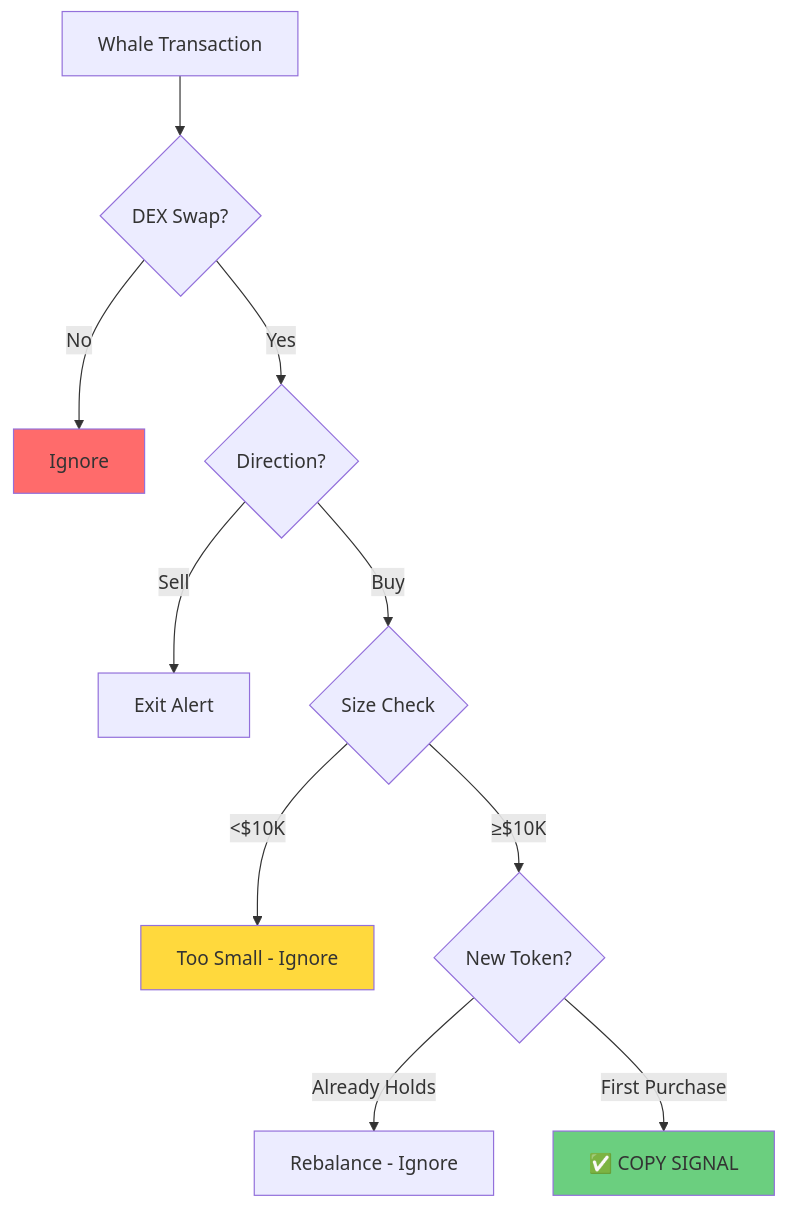
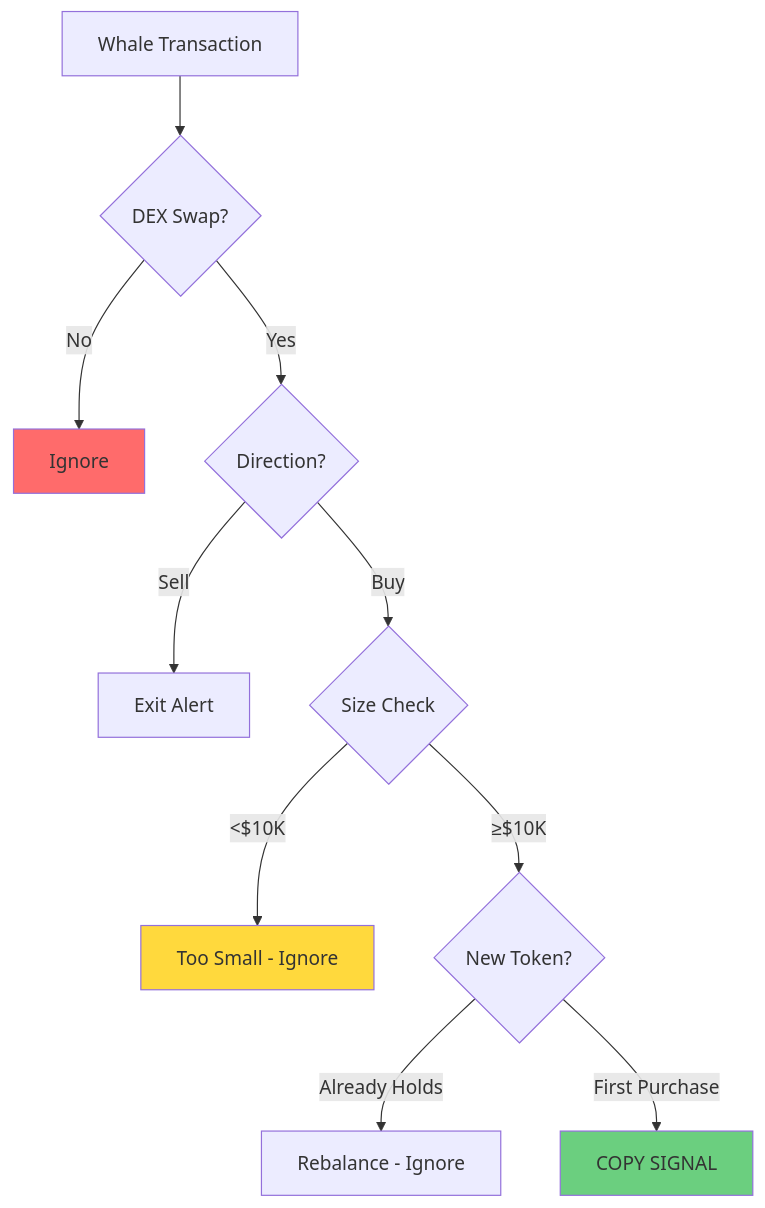
Before and after one commit to openSVM/solisp-book: the tenth of 20 diagrams in src/17_whale_copy_trading.md, drawn with Mermaid. The commit also changed other lines of this file and 20 other files, not shown here.

````diff
--- a/src/17_whale_copy_trading.md
+++ b/src/17_whale_copy_trading.md
@@ -550,16 +550,16 @@
 ```mermaid
 graph TD
     A[Whale Transaction] --> B{DEX Swap?}
     B -->|No| C[Ignore]
     B -->|Yes| D{Direction?}
     D -->|Sell| E[Exit Alert]
     D -->|Buy| F{Size Check}
     F -->|<$10K| G[Too Small - Ignore]
     F -->|≥$10K| H{New Token?}
     H -->|Already Holds| I[Rebalance - Ignore]
-    H -->|First Purchase| J[✅ COPY SIGNAL]
+    H -->|First Purchase| J[ COPY SIGNAL]
 
     style J fill:#6bcf7f
     style C fill:#ff6b6b
     style G fill:#ffd93d
 ```
````
